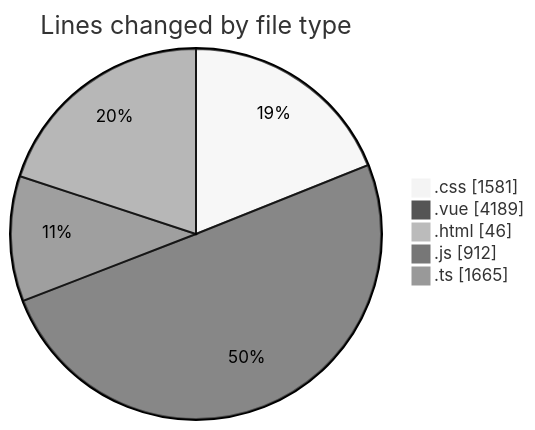
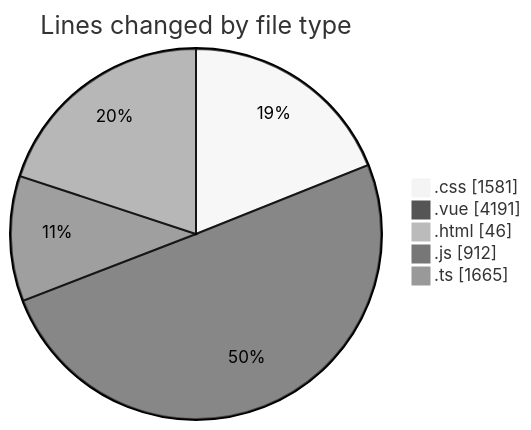
One commit to lephambinh05/code-tracking changed the first of 2 diagrams in 2025-08-18/rentotp/README.md. Above: the diagram before and after it, drawn with Mermaid (neutral theme). The commit also changed other lines of this file and 1 other file, not shown here.

````diff
--- a/2025-08-18/rentotp/README.md
+++ b/2025-08-18/rentotp/README.md
@@ -45,9 +45,9 @@
 ```mermaid
 pie showData
 title Lines changed by file type
 ".css" : 1581
-".vue" : 4189
+".vue" : 4191
 ".html" : 46
 ".js" : 912
 ".ts" : 1665
 ```
````
